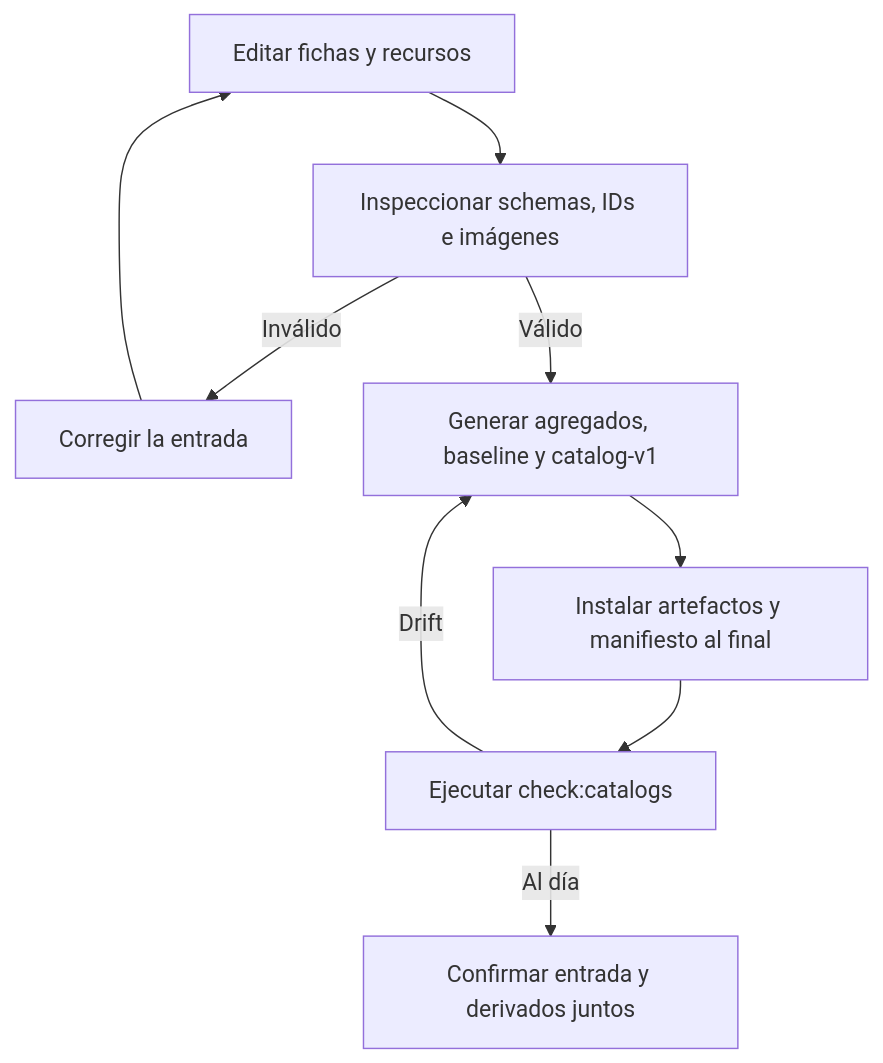
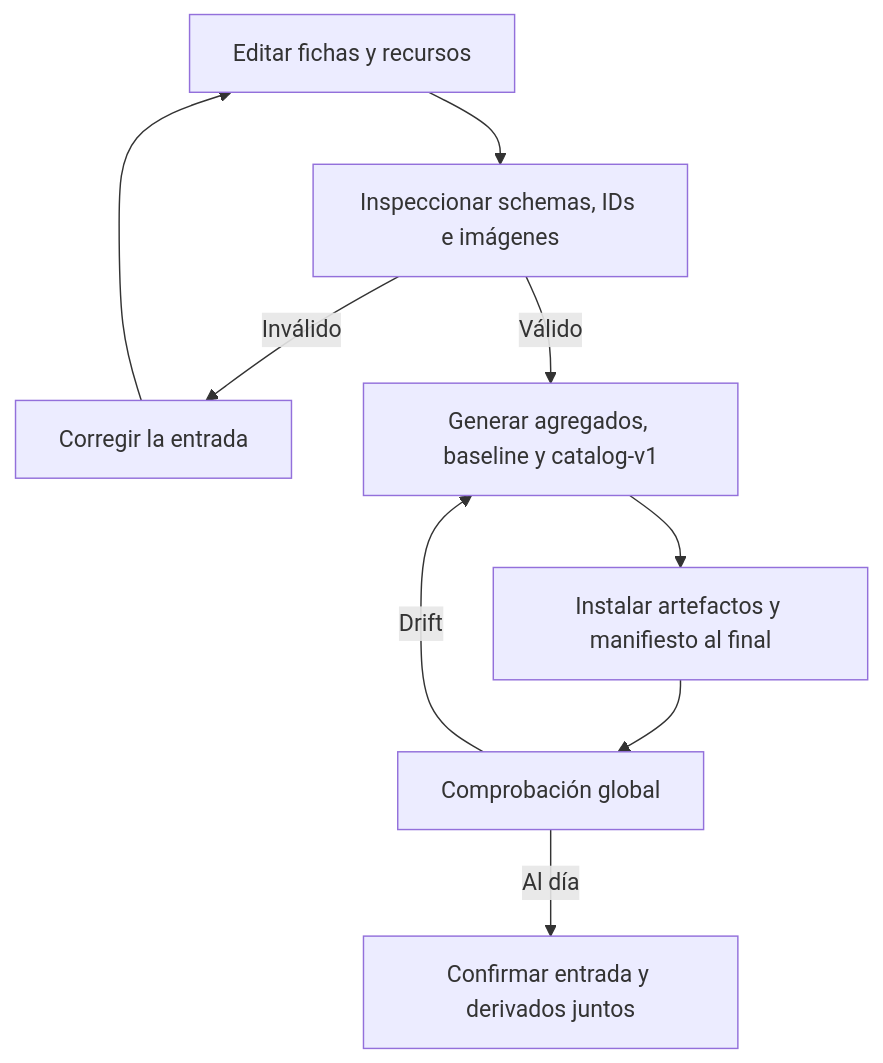
Before and after one commit to maximofn/gymnasia: the first of 3 diagrams in openwiki/content/repositories.md, drawn with Mermaid. The commit also changed other lines of this file and 16 other files, not shown here.

````diff
--- a/openwiki/content/repositories.md
+++ b/openwiki/content/repositories.md
@@ -95,11 +106,11 @@
 ```mermaid
 flowchart TD
     Edit["Editar fichas y recursos"] --> Inspect["Inspeccionar schemas, IDs e imágenes"]
     Inspect -->|"Inválido"| Repair["Corregir la entrada"]
     Repair --> Edit
     Inspect -->|"Válido"| Derive["Generar agregados, baseline y catalog-v1"]
     Derive --> Install["Instalar artefactos y manifiesto al final"]
-    Install --> Check["Ejecutar check:catalogs"]
+    Install --> Check["Comprobación global"]
     Check -->|"Drift"| Derive
     Check -->|"Al día"| Commit["Confirmar entrada y derivados juntos"]
 ```
````
